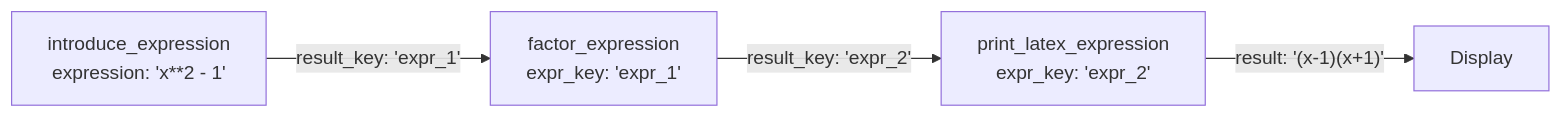
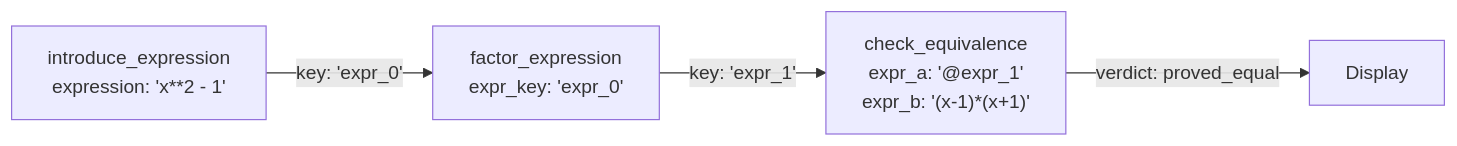
One commit to geosp/sympy-mcp changed the fifth of 6 diagrams in docs/architecture.md. Above: the diagram before and after it, drawn with Mermaid. The commit also changed other lines of this file and 22 other files, not shown here.

````diff
--- a/docs/architecture.md
+++ b/docs/architecture.md
@@ -151,6 +151,6 @@
 ```mermaid
 flowchart LR
-    I["introduce_expression\nexpression: 'x**2 - 1'"] -->|"result_key: 'expr_1'"| F
-    F["factor_expression\nexpr_key: 'expr_1'"] -->|"result_key: 'expr_2'"| L
-    L["print_latex_expression\nexpr_key: 'expr_2'"] -->|"result: '(x-1)(x+1)'"| OUT["Display"]
+    I["introduce_expression\nexpression: 'x**2 - 1'"] -->|"key: 'expr_0'"| F
+    F["factor_expression\nexpr_key: 'expr_0'"] -->|"key: 'expr_1'"| C
+    C["check_equivalence\nexpr_a: '@expr_1'\nexpr_b: '(x-1)*(x+1)'"] -->|"verdict: proved_equal"| OUT["Display"]
 ```
````
